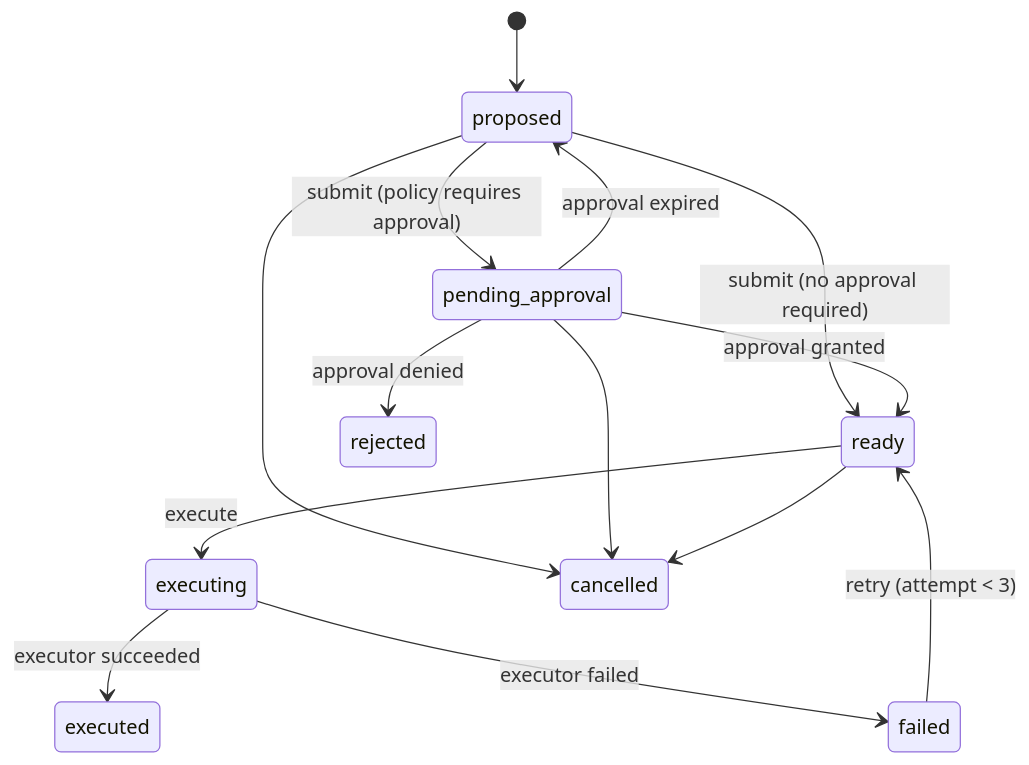
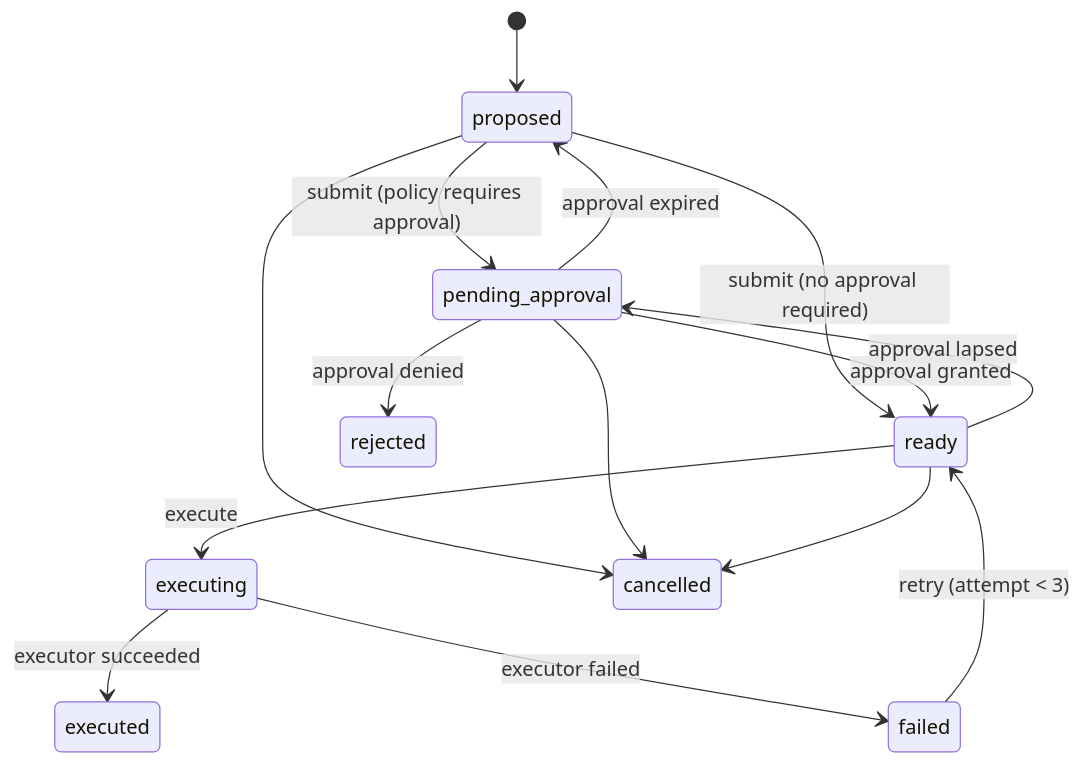
Before and after one commit to eranganot/Vector: the fourth of 6 diagrams in docs/specs/domain-model.md, drawn with Mermaid. The commit also changed other lines of this file and 36 other files, not shown here.

````diff
--- a/docs/specs/domain-model.md
+++ b/docs/specs/domain-model.md
@@ -125,16 +150,17 @@
 ```mermaid
 stateDiagram-v2
   [*] --> proposed
   proposed --> pending_approval: submit (policy requires approval)
   proposed --> ready: submit (no approval required)
   pending_approval --> ready: approval granted
   pending_approval --> rejected: approval denied
   pending_approval --> proposed: approval expired
   ready --> executing: execute
   executing --> executed: executor succeeded
   executing --> failed: executor failed
   failed --> ready: retry (attempt < 3)
+  ready --> pending_approval: approval lapsed
   proposed --> cancelled
   pending_approval --> cancelled
   ready --> cancelled
 ```
````
